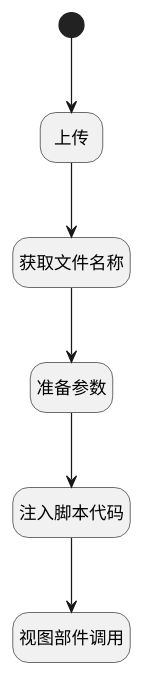
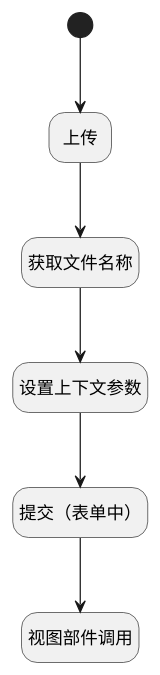
The diagram in doc/docsify/module/Base/deliverable/uilogic/submit_form.md (iBizLab/plm), drawn with PlantUML before and after one commit. The commit also changed other lines of this file and 1778 other files, not shown here.

````diff
--- a/doc/docsify/module/Base/deliverable/uilogic/submit_form.md
+++ b/doc/docsify/module/Base/deliverable/uilogic/submit_form.md
@@ -7,27 +7,27 @@
 ```plantuml
 @startuml
 hide footbox
 <style>
 root {
   HyperlinkColor #42b983
 }
 </style>
 
 hide empty description
 state "开始" as Begin <<start>> [[$./submit_form#begin {开始}]]
 state "上传" as DEUIACTION1  [[$./submit_form#deuiaction1 {上传}]]
+state "获取文件名称" as RAWJSCODE1  [[$./submit_form#rawjscode1 {获取文件名称}]]
+state "设置上下文参数" as PREPAREJSPARAM1  [[$./submit_form#preparejsparam1 {设置上下文参数}]]
 state "视图部件调用" as VIEWCTRLINVOKE1  [[$./submit_form#viewctrlinvoke1 {视图部件调用}]]
-state "获取文件名称" as RAWJSCODE1  [[$./submit_form#rawjscode1 {获取文件名称}]]
-state "准备参数" as PREPAREJSPARAM1  [[$./submit_form#preparejsparam1 {准备参数}]]
-state "注入脚本代码" as RAWJSCODE2  [[$./submit_form#rawjscode2 {注入脚本代码}]]
+state "提交（表单中）" as RAWJSCODE2  [[$./submit_form#rawjscode2 {提交（表单中）}]]
 
 
 Begin --> DEUIACTION1
 DEUIACTION1 --> RAWJSCODE1
 RAWJSCODE1 --> PREPAREJSPARAM1
 PREPAREJSPARAM1 --> RAWJSCODE2
 RAWJSCODE2 --> VIEWCTRLINVOKE1
 
 
 @enduml
 ```
````
